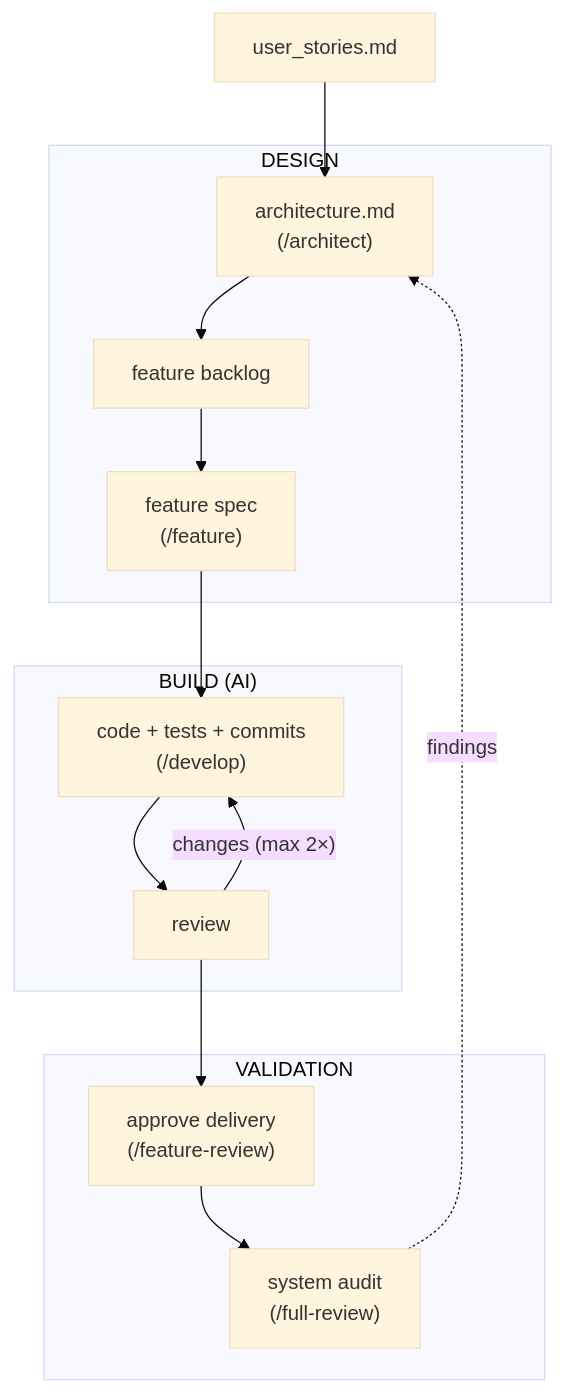
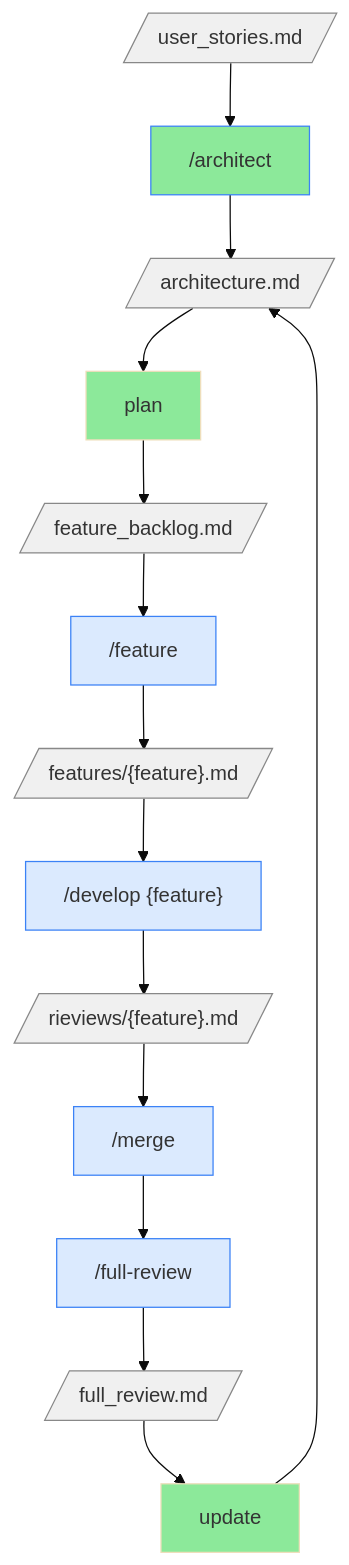
One commit to sjev/robodev changed the first of 2 diagrams in README.md. Above: the diagram before and after it, drawn with Mermaid (base theme). The commit also changed other lines of this file, not shown here.

````diff
--- a/README.md
+++ b/README.md
@@ -10,36 +9,37 @@
 ```mermaid
 flowchart TB
 
-    US["user_stories.md"]
+    %% ==== DOCUMENTS ====
+    US[/"user_stories.md"/]
+    ARCH_DOC[/"architecture.md"/]
+    BACKLOG[/"feature_backlog.md"/]
+    FEAT_DOC[/"features/{feature}.md"/]
+    FEAT_REV[/"rieviews/{feature}.md"/]
+    FULL_REV[/"full_review.md"/]
 
-    %% LEFT SIDE (design)
-    subgraph LEFT ["DESIGN "]
-        ARCH["architecture.md<br>(/architect)"]
-        FEAT_LIST["feature backlog"]
-        FEAT["feature spec<br>(/feature)"]
-    end
+    %% ==== ACTIONS ====
+    ARCH["/architect"]
+    PLAN["plan"]
+    FEAT["/feature"]
+    DEV["/develop {feature}"]
+    MERGE["/merge"]
+    FULL["/full-review"]
+    UPDATE_ARCH["update"]
 
-    %% BOTTOM (build)
-    subgraph BUILD ["BUILD (AI)"]
-        DEV["code + tests + commits<br>(/develop)"]
-        REV["review"]
-    end
+    %% ==== FLOW (TRANSFORMATIONS) ====
+    US --> ARCH --> ARCH_DOC
+    ARCH_DOC --> PLAN --> BACKLOG
+    BACKLOG --> FEAT --> FEAT_DOC
+    FEAT_DOC --> DEV --> FEAT_REV
+    FEAT_REV --> MERGE --> FULL
+    FULL --> FULL_REV -->UPDATE_ARCH--> ARCH_DOC
 
-    %% RIGHT SIDE (validation)
-    subgraph RIGHT ["VALIDATION"]
-        FEATREV["approve delivery<br>(/feature-review)"]
-        FULL["system audit<br>(/full-review)"]
-    end
+    %% ==== STYLING ====
+    classDef doc fill:#f0f0f0,stroke:#888
+    classDef cmd fill:#dbeafe,stroke:#3b82f6
+    classDef manual fill:#8ce99a
 
-    %% FLOW
-    US --> ARCH
-    ARCH --> FEAT_LIST -->FEAT
-    FEAT --> DEV
-    DEV --> REV
-    REV --> FEATREV
-    FEATREV --> FULL
-
-    %% FEEDBACK LOOPS
-    REV -->|"changes (max 2×)"| DEV
-    FULL -.->|"findings"| ARCH
+    class US,ARCH_DOC,BACKLOG,FEAT_DOC,FEAT_REV,FULL_REV doc
+    class ARCH,FEAT,DEV,REVIEW,FULL,MERGE cmd
+    class ARCH,PLAN,UPDATE_ARCH manual
 ```
````
